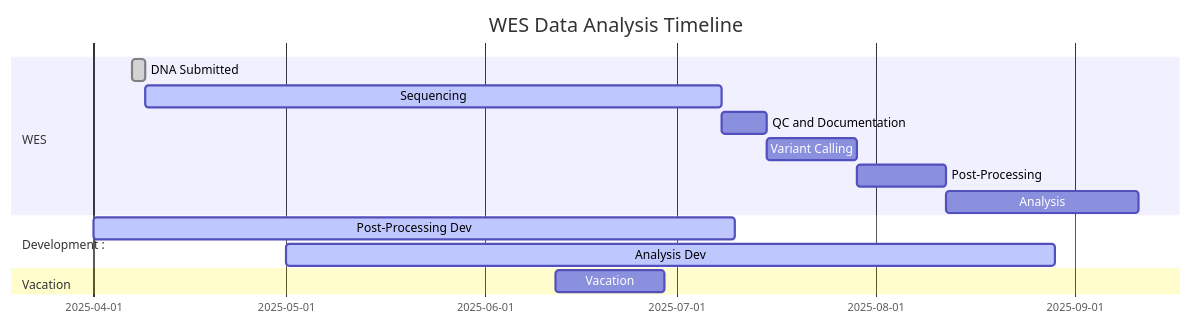
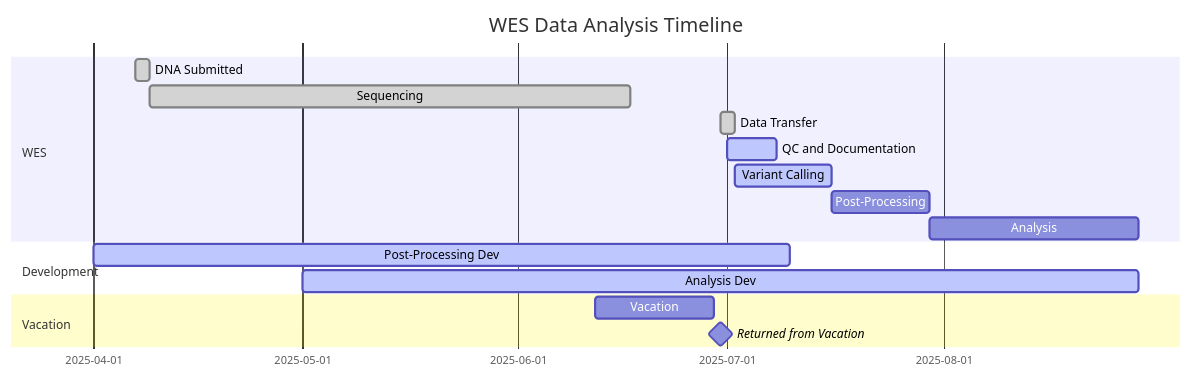
Before and after one commit to delpropo/WES_Analysis_11340_9740: the first of 2 diagrams in README.md, drawn with Mermaid. The commit also changed other lines of this file, not shown here.

Commit message:
update after WES completed

````diff
--- a/README.md
+++ b/README.md
@@ -21,18 +19,19 @@
 ```mermaid
 gantt
     title WES Data Analysis Timeline
     dateFormat YYYY-MM-DD
     section WES
         DNA Submitted          :done,   wes1, 2025-04-07, 2d
-        Sequencing             :active, wes2, after wes1, 90d
-        QC and Documentation   :        wes3, after wes2, 7d
-        Variant Calling        :        analysis1, after wes3, 14d
+        Sequencing             :done,   wes2, after wes1, 2025-06-17
+        Data Transfer          :done,   wes_transfer, 2025-06-30, 2d
+        QC and Documentation   :active, wes3, 2025-07-01, 7d
+        Variant Calling        :active, analysis1, after wes_transfer, 14d
         Post-Processing        :        analysis2, after analysis1, 14d
         Analysis               :        analysis3, after analysis2, 30d
-    section Development        :
+    section Development
         Post-Processing Dev    :active, dev1, 2025-04-01, 100d
         Analysis Dev           :active, dev2, 2025-05-01, 120d
     section Vacation
         Vacation               :        vac1, 2025-06-12, 17d
-
+        Returned from Vacation :milestone, vac2, 2025-06-30, 0d
 ```
````
